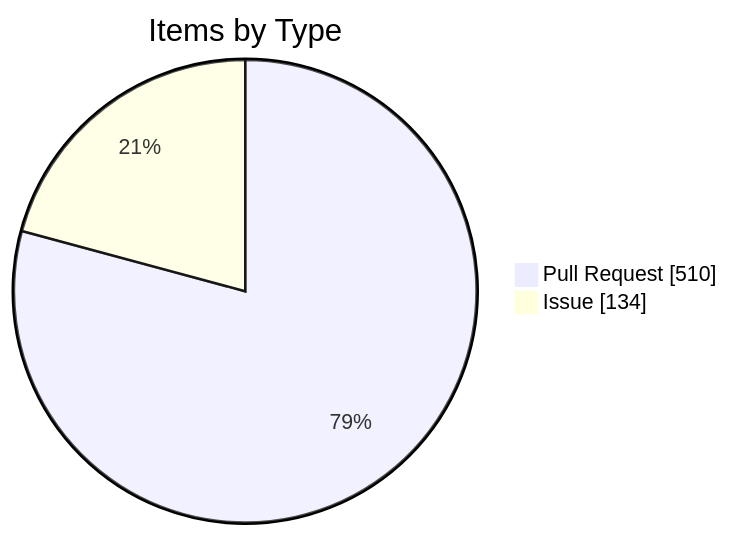
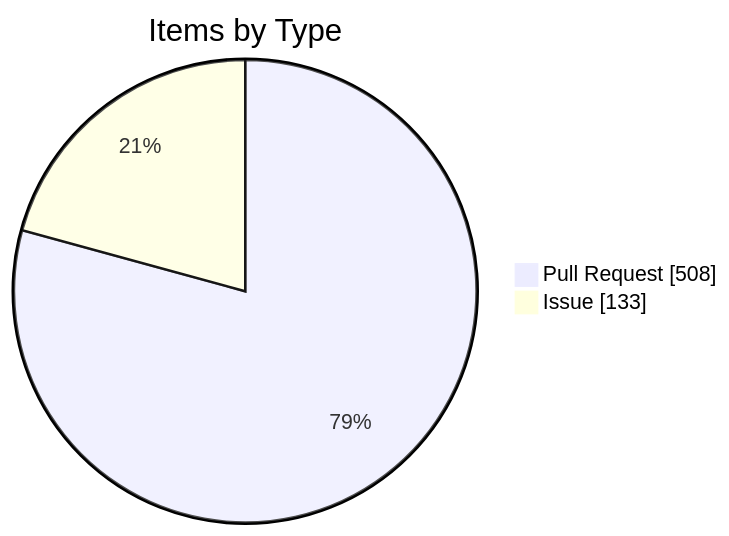
One commit to KBVE/kbve changed the fourth of 4 diagrams in apps/kbve/astro-kbve/src/content/docs/dashboard/kanban-data.mdx. Above: the diagram before and after it, drawn with Mermaid. The commit also changed other lines of this file and 2 other files, not shown here.

````diff
--- a/apps/kbve/astro-kbve/src/content/docs/dashboard/kanban-data.mdx
+++ b/apps/kbve/astro-kbve/src/content/docs/dashboard/kanban-data.mdx
@@ -246,6 +246,6 @@
 ```mermaid
 pie showData
     title Items by Type
-    "Pull Request" : 510
-    "Issue" : 134
+    "Pull Request" : 508
+    "Issue" : 133
 ```
````
